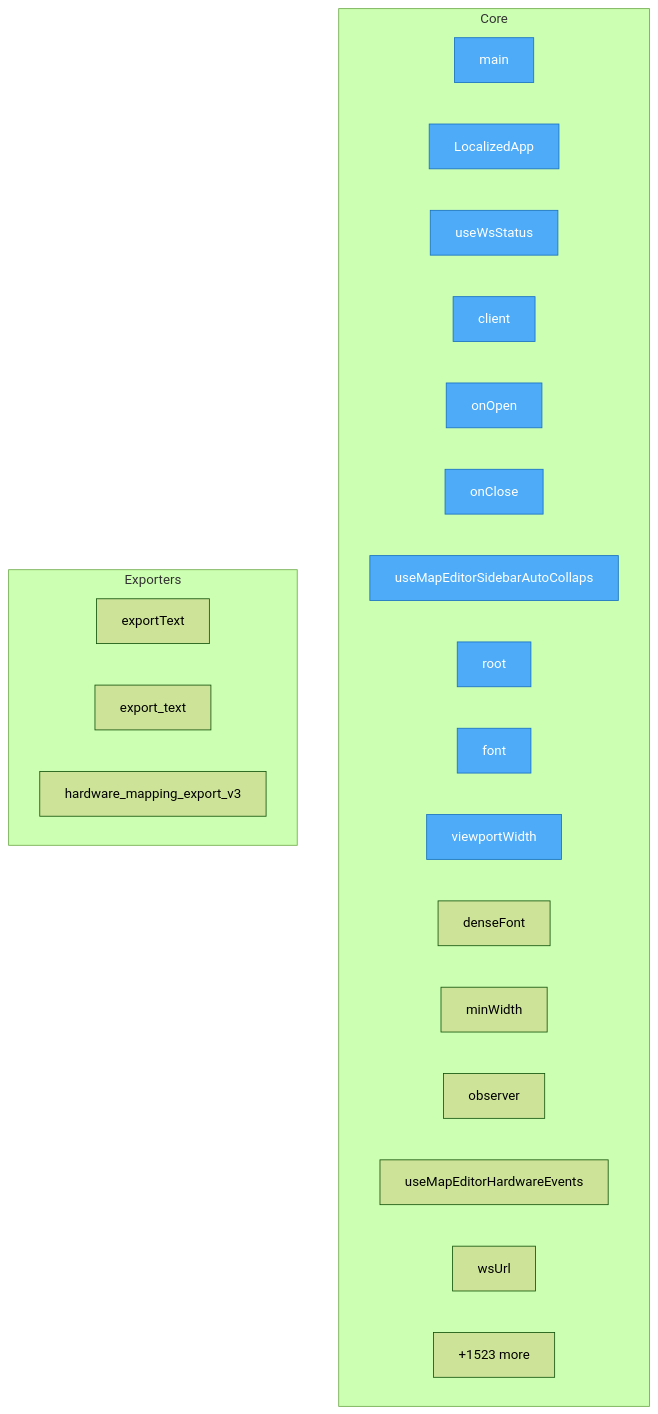
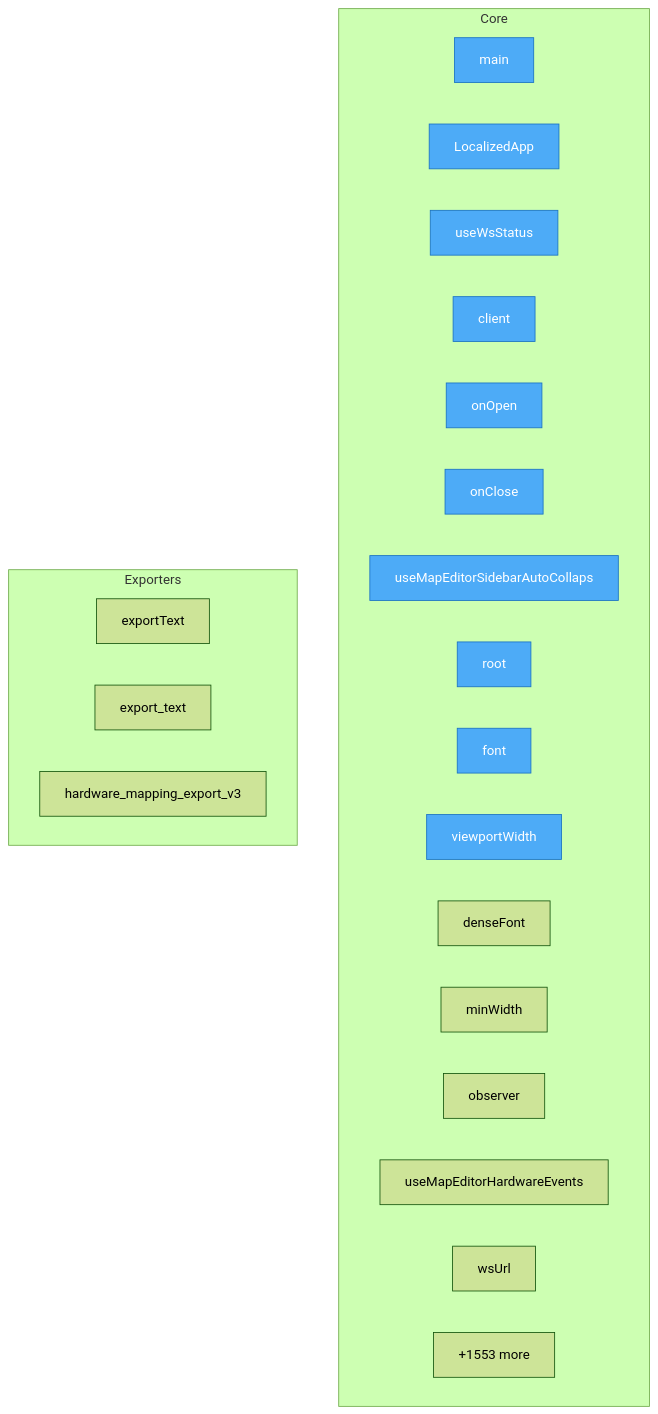
Before and after one commit to oqlos/oqlos: the diagram in project/flow.mmd, drawn with Mermaid (forest theme). The commit also changed 34 other files, not shown here.

```diff
--- a/project/flow.mmd
+++ b/project/flow.mmd
@@ -1,32 +1,32 @@
 flowchart TD
-%% generated in 0.07s
+%% generated in 0.08s
 
     %% Entry points (blue)
     classDef entry fill:#4dabf7,stroke:#1971c2,color:#fff
 
     subgraph Core
         setup_hardware_and_run_oql__main["main"]
         frontend__src__main__LocalizedApp["LocalizedApp"]
         frontend__src__hooks__useWsStatus__useWsStatus["useWsStatus"]
         frontend__src__hooks__useWsStatus__client["client"]
         frontend__src__hooks__useWsStatus__onOpen["onOpen"]
         frontend__src__hooks__useWsStatus__onClose["onClose"]
         frontend__src__hooks__useMapEditorSidebarAutoCollapse__useMapEditorSidebarAutoCollapse["useMapEditorSidebarAutoCollaps"]
         frontend__src__hooks__useMapEditorSidebarAutoCollapse__root["root"]
         frontend__src__hooks__useMapEditorSidebarAutoCollapse__font["font"]
         frontend__src__hooks__useMapEditorSidebarAutoCollapse__viewportWidth["viewportWidth"]
         frontend__src__hooks__useMapEditorSidebarAutoCollapse__denseFont["denseFont"]
         frontend__src__hooks__useMapEditorSidebarAutoCollapse__minWidth["minWidth"]
         frontend__src__hooks__useMapEditorSidebarAutoCollapse__observer["observer"]
         frontend__src__hooks__useMapEditorHardwareEvents__useMapEditorHardwareEvents["useMapEditorHardwareEvents"]
         frontend__src__hooks__useMapEditorHardwareEvents__wsUrl["wsUrl"]
-        ...["+1523 more"]
+        ...["+1553 more"]
     end
 
     subgraph Exporters
         frontend__src__pages__HardwareRestart__exportText["exportText"]
         oqlos__api__hardware_mapping_store__MappingStore__export_text["export_text"]
         oqlos__api___hw3_mapping__hardware_mapping_export_v3["hardware_mapping_export_v3"]
     end
 
     class setup_hardware_and_run_oql__main,frontend__src__main__LocalizedApp,frontend__src__hooks__useWsStatus__useWsStatus,frontend__src__hooks__useWsStatus__client,frontend__src__hooks__useWsStatus__onOpen,frontend__src__hooks__useWsStatus__onClose,frontend__src__hooks__useMapEditorSidebarAutoCollapse__useMapEditorSidebarAutoCollapse,frontend__src__hooks__useMapEditorSidebarAutoCollapse__root,frontend__src__hooks__useMapEditorSidebarAutoCollapse__font,frontend__src__hooks__useMapEditorSidebarAutoCollapse__viewportWidth entry
```
